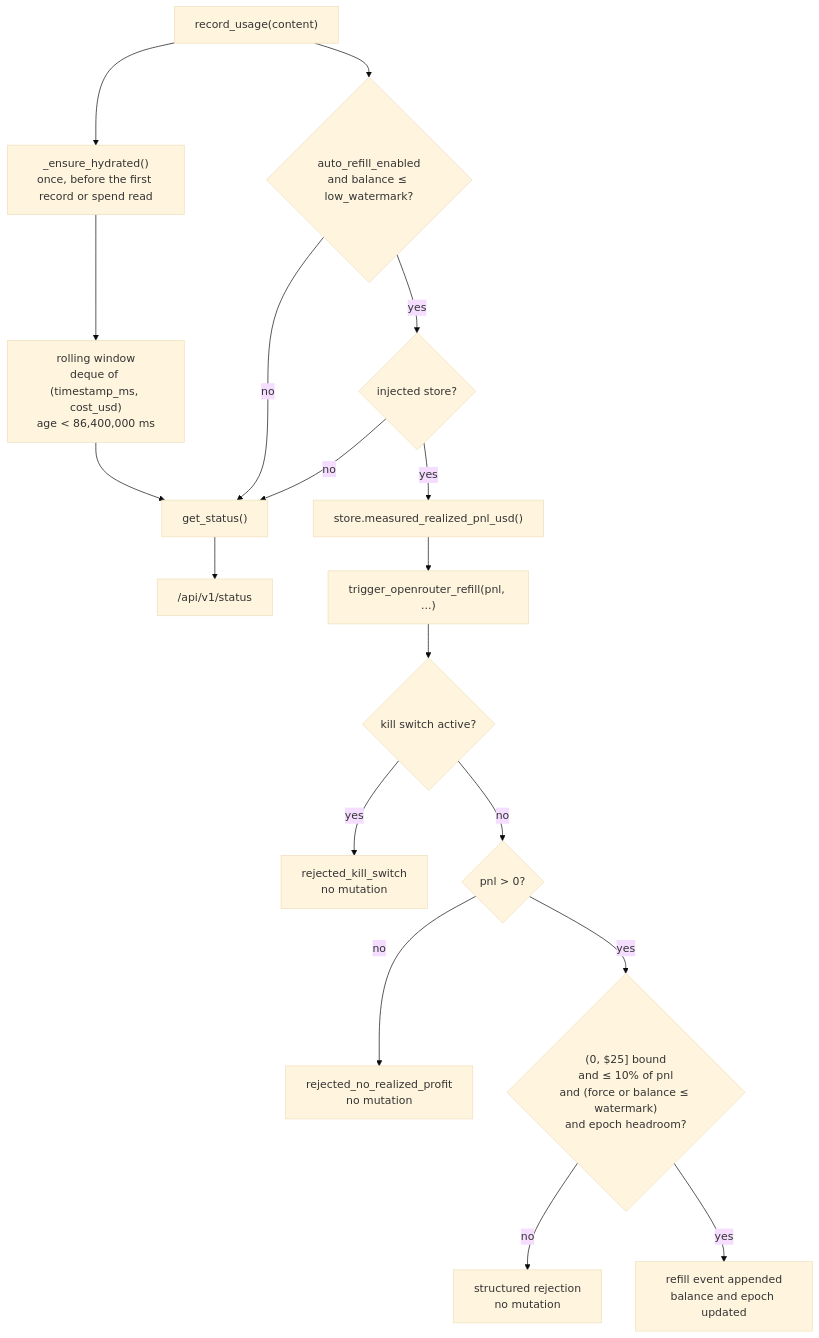
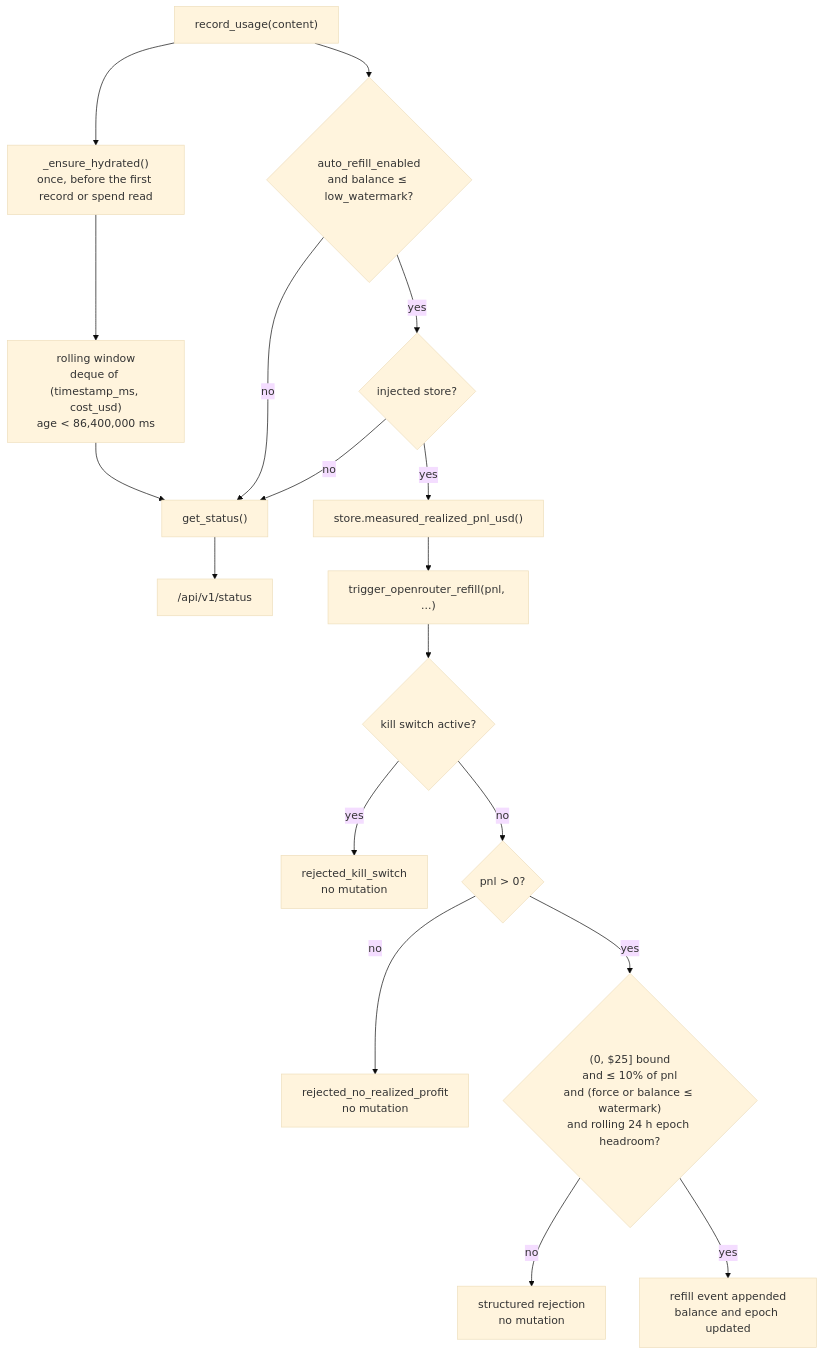
The first of 2 diagrams in openspec/changes/fix-costguard-python-gate/design.md (hcross/robotrader), drawn with Mermaid (base theme) before and after one commit. The commit also changed other lines of this file and 6 other files, not shown here.

````diff
--- a/openspec/changes/fix-costguard-python-gate/design.md
+++ b/openspec/changes/fix-costguard-python-gate/design.md
@@ -32,20 +32,20 @@
 ```mermaid
 flowchart TD
   U["record_usage(content)"] --> H["_ensure_hydrated()<br/>once, before the first record or spend read"]
   H --> W["rolling window<br/>deque of (timestamp_ms, cost_usd)<br/>age &lt; 86,400,000 ms"]
   U --> A{"auto_refill_enabled<br/>and balance &le; low_watermark?"}
   A -- no --> S["get_status()"]
   A -- yes --> N{"injected store?"}
   N -- no --> S
   N -- yes --> P["store.measured_realized_pnl_usd()"]
   P --> G["trigger_openrouter_refill(pnl, ...)"]
   G --> K{"kill switch active?"}
   K -- yes --> R["rejected_kill_switch<br/>no mutation"]
   K -- no --> V{"pnl &gt; 0?"}
   V -- no --> R2["rejected_no_realized_profit<br/>no mutation"]
-  V -- yes --> B{"(0, $25] bound<br/>and &le; 10% of pnl<br/>and (force or balance &le; watermark)<br/>and epoch headroom?"}
+  V -- yes --> B{"(0, $25] bound<br/>and &le; 10% of pnl<br/>and (force or balance &le; watermark)<br/>and rolling 24 h epoch headroom?"}
   B -- no --> R3["structured rejection<br/>no mutation"]
   B -- yes --> F["refill event appended<br/>balance and epoch updated"]
   W --> S
   S --> API["/api/v1/status"]
 ```
````
